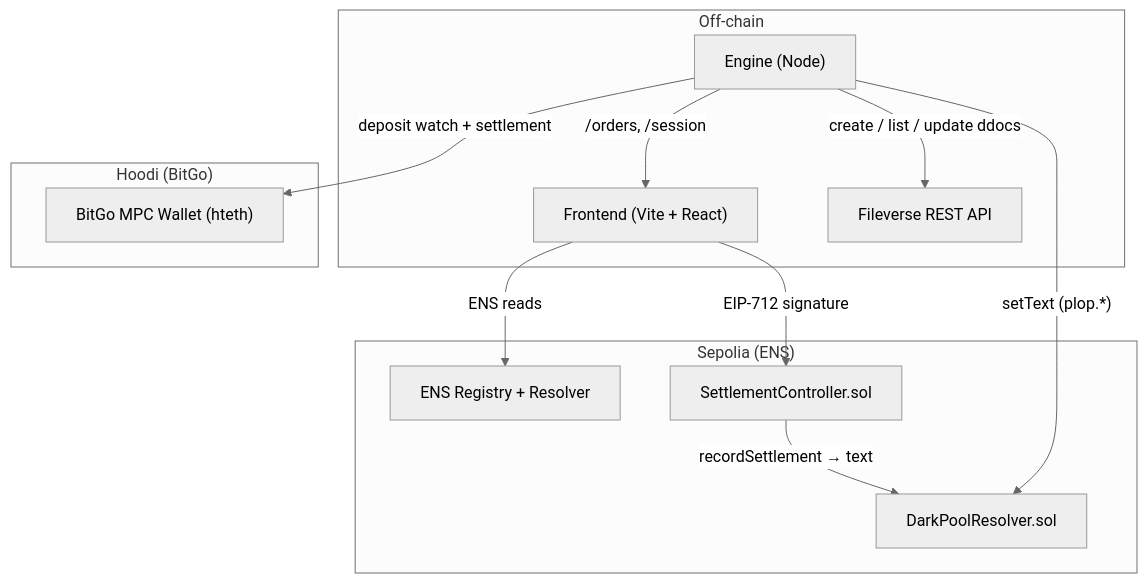
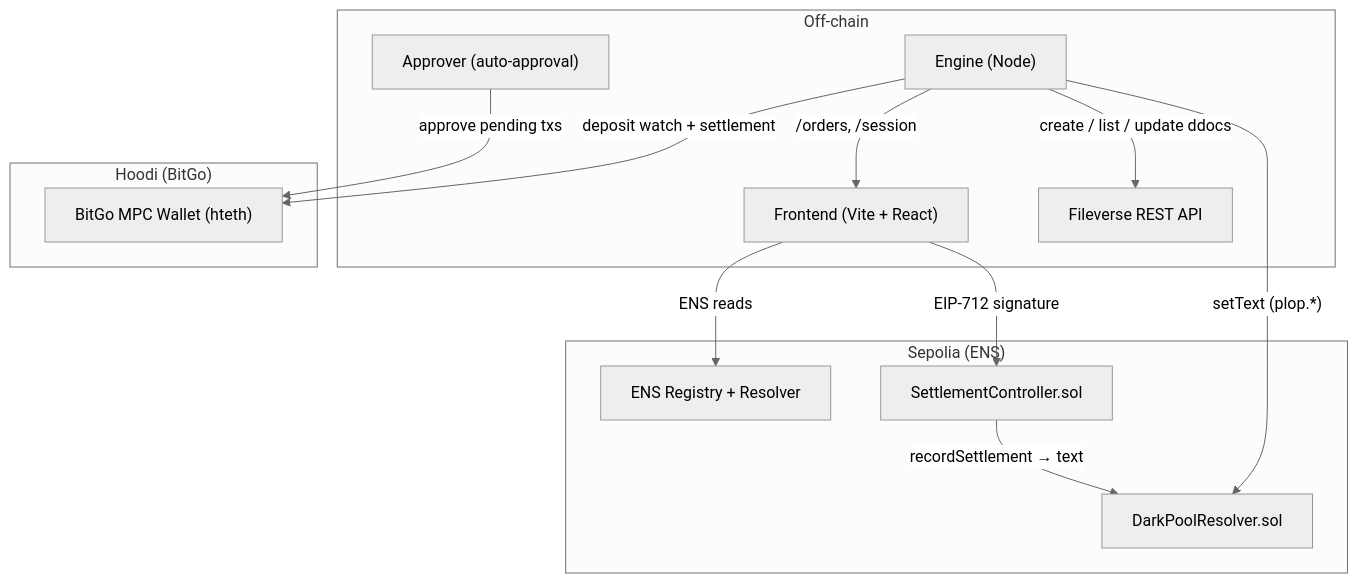
One commit to juSt-jeLLy/PLOP changed the first of 2 diagrams in README.md. Above: the diagram before and after it, drawn with Mermaid (neutral theme). The commit also changed other lines of this file, not shown here.

Commit message:
Update README with approver flow

````diff
--- a/README.md
+++ b/README.md
@@ -44,26 +44,28 @@
 ```mermaid
 graph TD
   subgraph "Sepolia (ENS)"
     ENS["ENS Registry + Resolver"]
     DPR["DarkPoolResolver.sol"]
     SC["SettlementController.sol"]
   end
 
   subgraph "Off-chain"
     UI["Frontend (Vite + React)"]
     ENG["Engine (Node)"]
+    APP["Approver (auto-approval)"]
     FV["Fileverse REST API"]
   end
 
   subgraph "Hoodi (BitGo)"
     BG["BitGo MPC Wallet (hteth)"]
   end
 
   UI -->|"ENS reads"| ENS
   UI -->|"EIP-712 signature"| SC
   ENG -->|"setText (plop.*)"| DPR
   SC -->|"recordSettlement → text"| DPR
   ENG -->|"create / list / update ddocs"| FV
   ENG -->|"deposit watch + settlement"| BG
+  APP -->|"approve pending txs"| BG
   ENG -->|" /orders, /session "| UI
 ```
````
